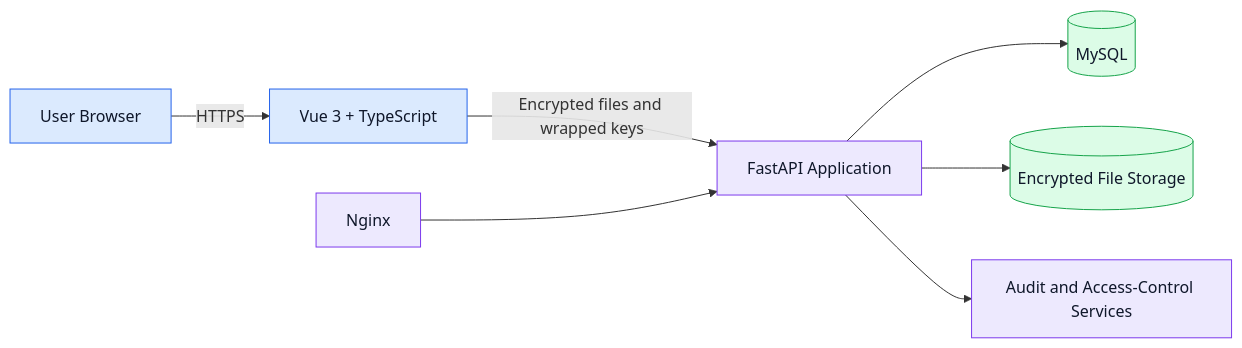
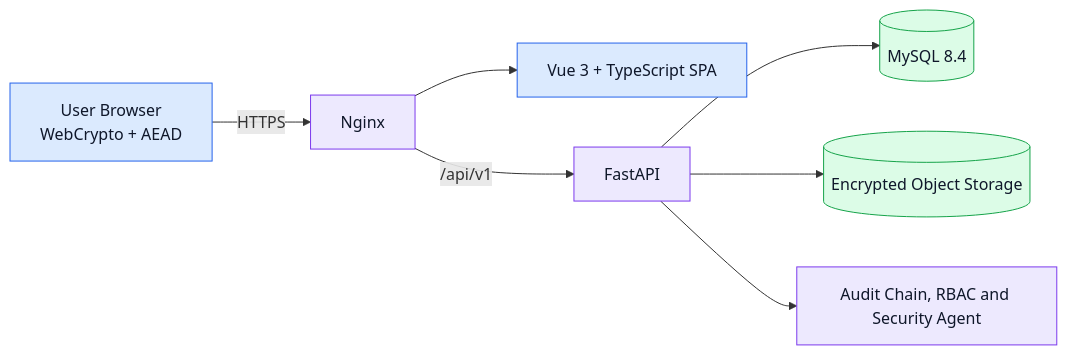
One commit to Waldo0926/SecureView changed the diagram in README.md. Above: the diagram before and after it, drawn with Mermaid. The commit also changed other lines of this file and 1 other file, not shown here.

````diff
--- a/README.md
+++ b/README.md
@@ -28,15 +35,15 @@
 ```mermaid
 flowchart LR
-U[User Browser] -->|HTTPS| F[Vue 3 + TypeScript]
-F -->|Encrypted files and wrapped keys| A[FastAPI Application]
-A --> D[(MySQL)]
-A --> S[(Encrypted File Storage)]
-A --> L[Audit and Access-Control Services]
-N[Nginx] --> A
+U[User Browser<br/>WebCrypto + AEAD] -->|HTTPS| N[Nginx]
+N --> F[Vue 3 + TypeScript SPA]
+N -->|/api/v1| A[FastAPI]
+A --> D[(MySQL 8.4)]
+A --> S[(Encrypted Object Storage)]
+A --> L[Audit Chain, RBAC and Security Agent]
 classDef client fill:#dbeafe,stroke:#2563eb,color:#0f172a
 classDef server fill:#ede9fe,stroke:#7c3aed,color:#0f172a
 classDef data fill:#dcfce7,stroke:#16a34a,color:#0f172a
 class U,F client
 class N,A,L server
 class D,S data
 ```
````
